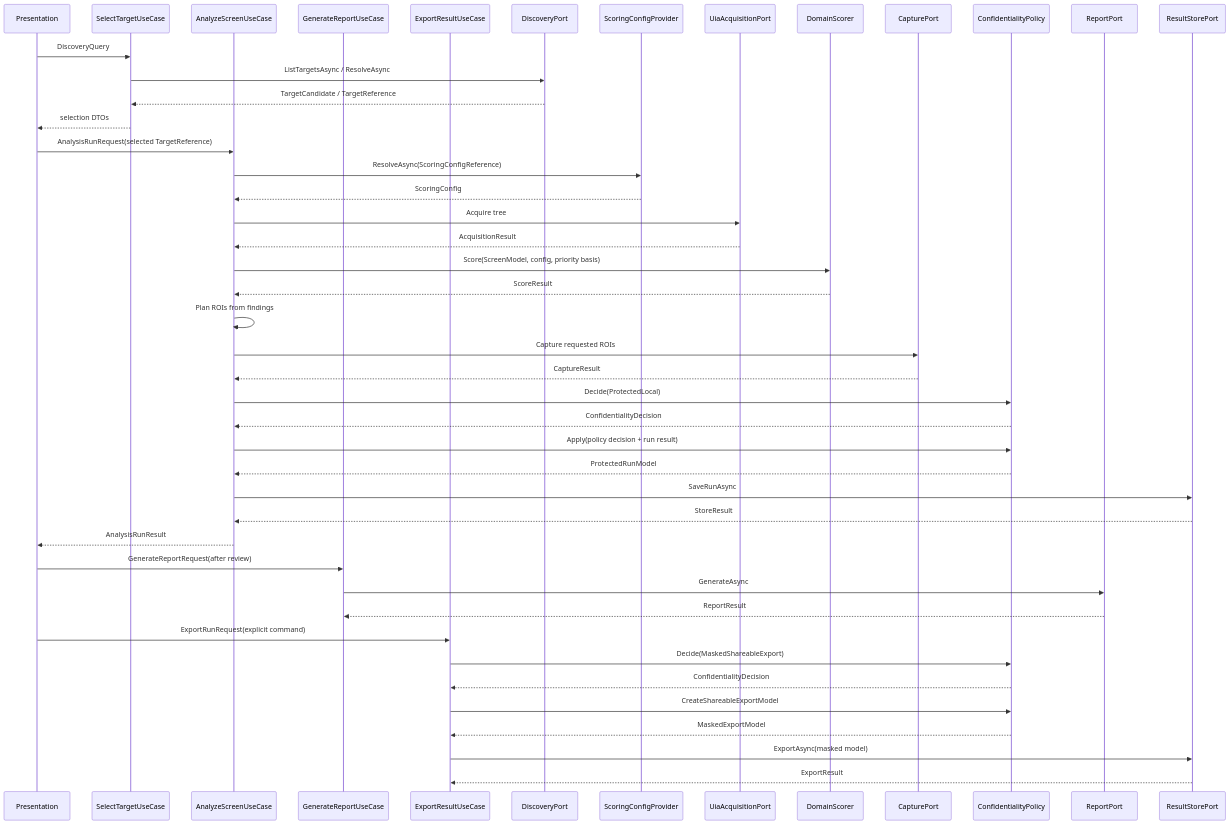
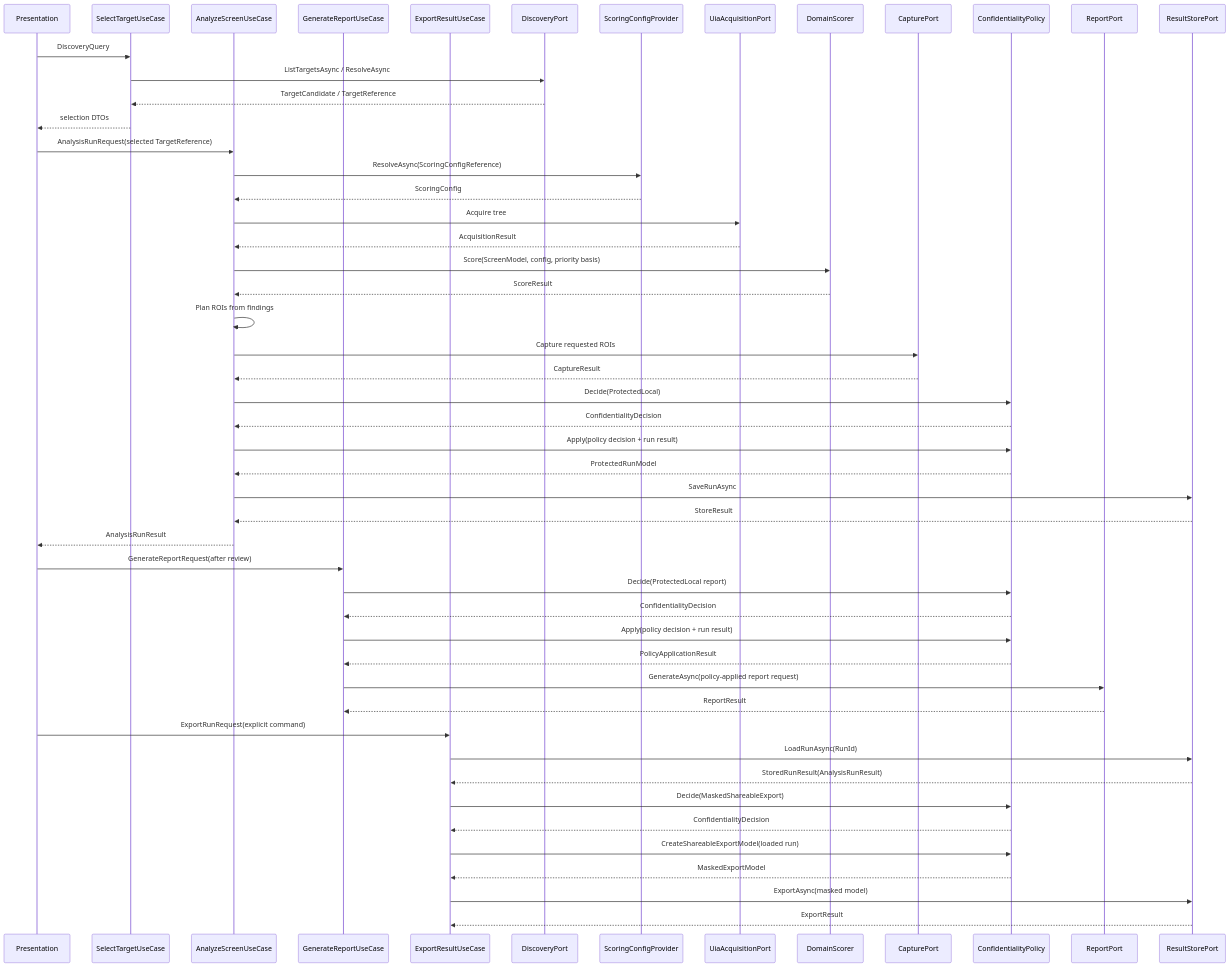
The second of 2 diagrams in knowledge/design/des-0011-port-dtos-status-model-and-use-case-orchestration.md (urario/Surveyor), drawn with Mermaid before and after one commit. The commit also changed other lines of this file and 3 other files, not shown here.

````diff
--- a/knowledge/design/des-0011-port-dtos-status-model-and-use-case-orchestration.md
+++ b/knowledge/design/des-0011-port-dtos-status-model-and-use-case-orchestration.md
@@ -591,48 +605,54 @@
 ```mermaid
 sequenceDiagram
   participant UI as Presentation
   participant ST as SelectTargetUseCase
   participant AS as AnalyzeScreenUseCase
   participant GR as GenerateReportUseCase
   participant EX as ExportResultUseCase
   participant D as DiscoveryPort
   participant CFG as ScoringConfigProvider
   participant A as UiaAcquisitionPort
   participant S as DomainScorer
   participant C as CapturePort
   participant P as ConfidentialityPolicy
   participant R as ReportPort
   participant Store as ResultStorePort
 
   UI->>ST: DiscoveryQuery
   ST->>D: ListTargetsAsync / ResolveAsync
   D-->>ST: TargetCandidate / TargetReference
   ST-->>UI: selection DTOs
   UI->>AS: AnalysisRunRequest(selected TargetReference)
   AS->>CFG: ResolveAsync(ScoringConfigReference)
   CFG-->>AS: ScoringConfig
   AS->>A: Acquire tree
   A-->>AS: AcquisitionResult
   AS->>S: Score(ScreenModel, config, priority basis)
   S-->>AS: ScoreResult
   AS->>AS: Plan ROIs from findings
   AS->>C: Capture requested ROIs
   C-->>AS: CaptureResult
   AS->>P: Decide(ProtectedLocal)
   P-->>AS: ConfidentialityDecision
   AS->>P: Apply(policy decision + run result)
   P-->>AS: ProtectedRunModel
   AS->>Store: SaveRunAsync
   Store-->>AS: StoreResult
   AS-->>UI: AnalysisRunResult
   UI->>GR: GenerateReportRequest(after review)
-  GR->>R: GenerateAsync
+  GR->>P: Decide(ProtectedLocal report)
+  P-->>GR: ConfidentialityDecision
+  GR->>P: Apply(policy decision + run result)
+  P-->>GR: PolicyApplicationResult
+  GR->>R: GenerateAsync(policy-applied report request)
   R-->>GR: ReportResult
   UI->>EX: ExportRunRequest(explicit command)
+  EX->>Store: LoadRunAsync(RunId)
+  Store-->>EX: StoredRunResult(AnalysisRunResult)
   EX->>P: Decide(MaskedShareableExport)
   P-->>EX: ConfidentialityDecision
-  EX->>P: CreateShareableExportModel
+  EX->>P: CreateShareableExportModel(loaded run)
   P-->>EX: MaskedExportModel
   EX->>Store: ExportAsync(masked model)
   Store-->>EX: ExportResult
 ```
````
